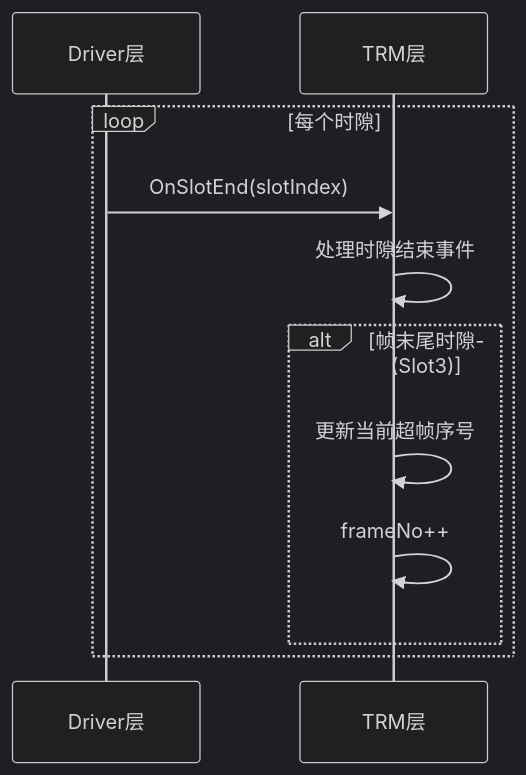
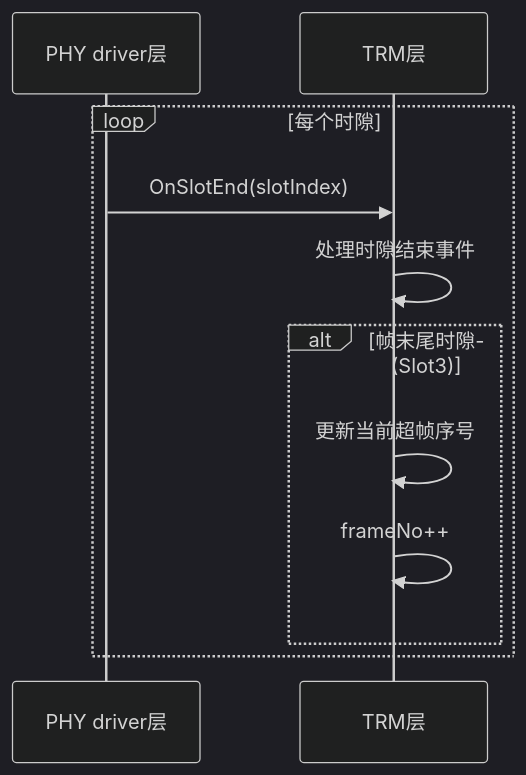
The fifth of 13 diagrams in docs/8710_HAL编程指南-v0.02.md (jhh525097562/tk8710_hal_v1.3), drawn with Mermaid (dark theme) before and after one commit. The commit also changed other lines of this file and 8 other files, not shown here.

````diff
--- a/docs/8710_HAL编程指南-v0.02.md
+++ b/docs/8710_HAL编程指南-v0.02.md
@@ -300,14 +1329,14 @@
 ```mermaid
 sequenceDiagram
-    participant DRV as Driver层
+    participant DRV as PHY driver层
     participant TRM as TRM层
-    
+  
     loop 每个时隙
         DRV->>TRM: OnSlotEnd(slotIndex)
         TRM->>TRM: 处理时隙结束事件
         alt 帧末尾时隙(Slot3)
             TRM->>TRM: 更新当前超帧序号
             TRM->>TRM: frameNo++
         end
     end
 ```
````
